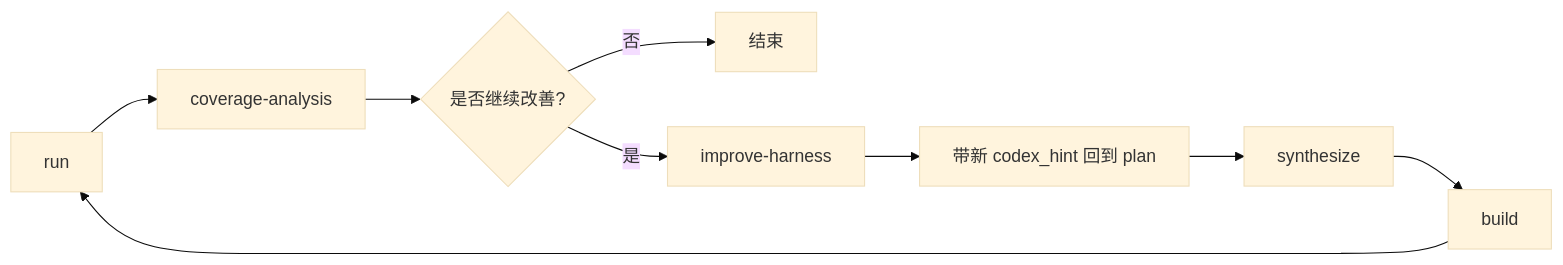
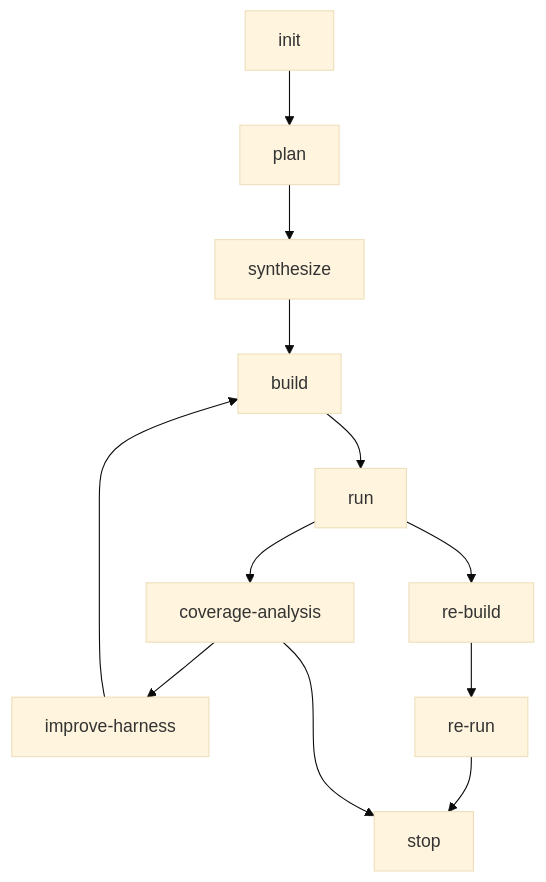
One commit to ZUENS2020/Sherpa changed the second of 3 diagrams in docs/CODEBASE_TECHNICAL_ANALYSIS.md. Above: the diagram before and after it, drawn with Mermaid (base theme). The commit also changed other lines of this file and 19 other files, not shown here.

Commit message:
docs: rewrite repository documentation to current architecture

````diff
--- a/docs/CODEBASE_TECHNICAL_ANALYSIS.md
+++ b/docs/CODEBASE_TECHNICAL_ANALYSIS.md
@@ -1024,11 +66,14 @@
 ```mermaid
-flowchart LR
-    RUN["run"] --> CA["coverage-analysis"]
-    CA --> DECIDE{"是否继续改善?"}
-    DECIDE -->|"否"| END["结束"]
-    DECIDE -->|"是"| IH["improve-harness"]
-    IH --> PLAN["带新 codex_hint 回到 plan"]
-    PLAN --> SYN["synthesize"]
-    SYN --> BUILD["build"]
-    BUILD --> RUN
+flowchart TD
+  INIT["init"] --> PLAN["plan"]
+  PLAN --> SYN["synthesize"]
+  SYN --> BUILD["build"]
+  BUILD --> RUN["run"]
+  RUN --> CA["coverage-analysis"]
+  CA --> IH["improve-harness"]
+  IH --> BUILD
+  RUN --> RB["re-build"]
+  RB --> RR["re-run"]
+  RR --> STOP["stop"]
+  CA --> STOP
 ```
````
